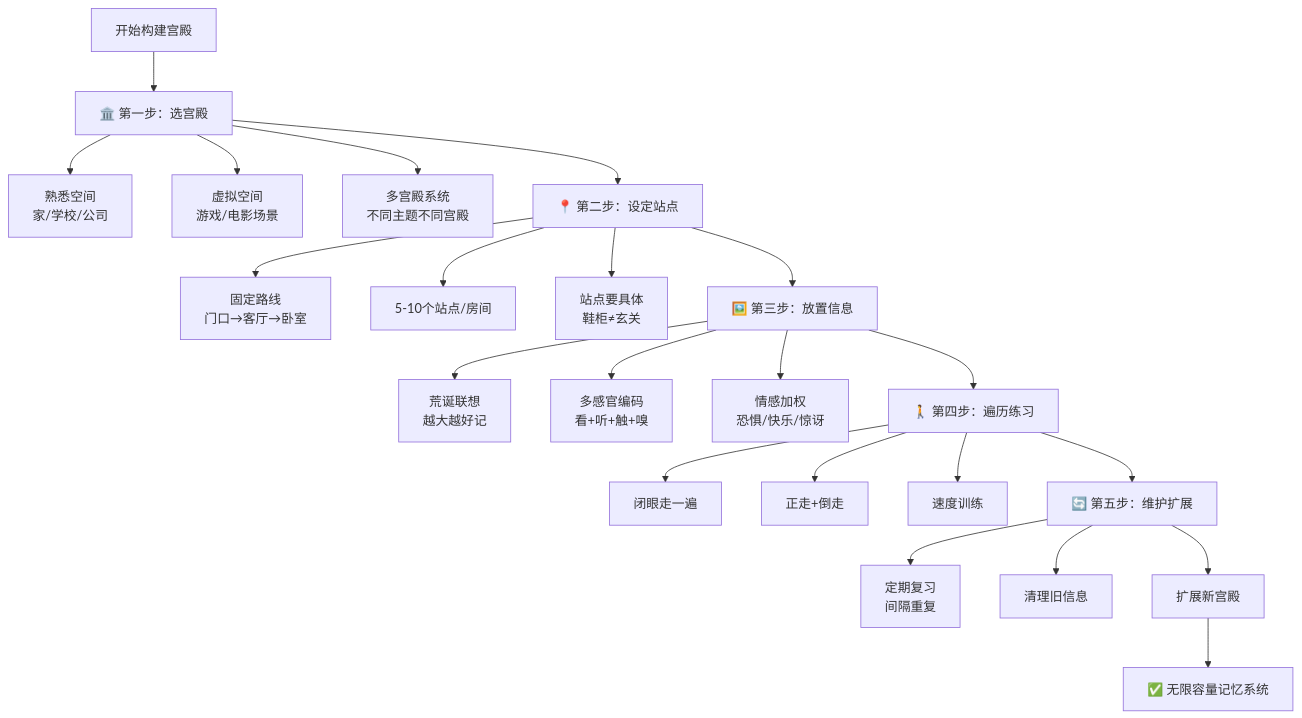
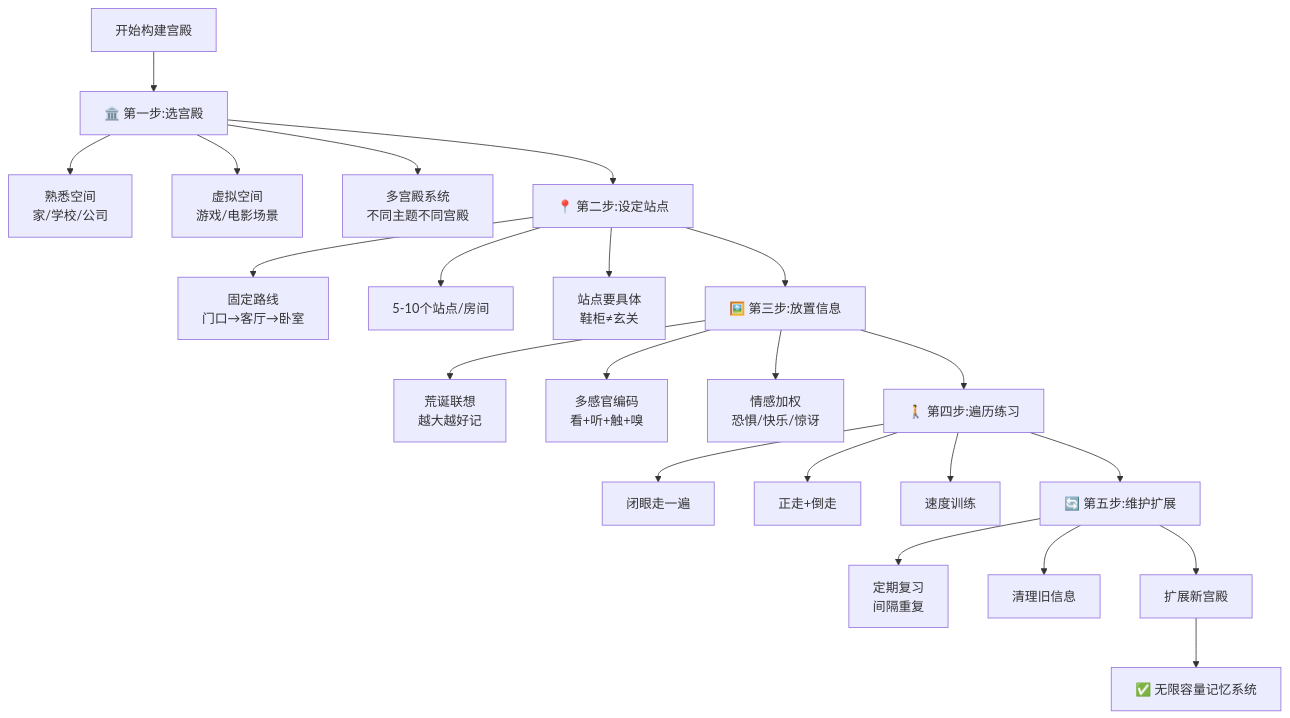
Before and after one commit to brother2050/memory-guide: the first of 2 diagrams in 30-记忆宫殿进阶.md, drawn with Mermaid. The commit also changed other lines of this file and 72 other files, not shown here.

````diff
--- a/30-记忆宫殿进阶.md
+++ b/30-记忆宫殿进阶.md
@@ -31,29 +31,29 @@
 ```mermaid
 graph TD
-    START["开始构建宫殿"] --> STEP1["🏛️ 第一步：选宫殿"]
+    START["开始构建宫殿"] --> STEP1["🏛️ 第一步:选宫殿"]
     STEP1 --> S1A["熟悉空间\n家/学校/公司"]
     STEP1 --> S1B["虚拟空间\n游戏/电影场景"]
     STEP1 --> S1C["多宫殿系统\n不同主题不同宫殿"]
 
-    STEP1 --> STEP2["📍 第二步：设定站点"]
+    STEP1 --> STEP2["📍 第二步:设定站点"]
     STEP2 --> S2A["固定路线\n门口→客厅→卧室"]
     STEP2 --> S2B["5-10个站点/房间"]
     STEP2 --> S2C["站点要具体\n鞋柜≠玄关"]
 
-    STEP2 --> STEP3["🖼️ 第三步：放置信息"]
+    STEP2 --> STEP3["🖼️ 第三步:放置信息"]
     STEP3 --> S3A["荒诞联想\n越大越好记"]
     STEP3 --> S3B["多感官编码\n看+听+触+嗅"]
     STEP3 --> S3C["情感加权\n恐惧/快乐/惊讶"]
 
-    STEP3 --> STEP4["🚶 第四步：遍历练习"]
+    STEP3 --> STEP4["🚶 第四步:遍历练习"]
     STEP4 --> S4A["闭眼走一遍"]
     STEP4 --> S4B["正走+倒走"]
     STEP4 --> S4C["速度训练"]
 
-    STEP4 --> STEP5["🔄 第五步：维护扩展"]
+    STEP4 --> STEP5["🔄 第五步:维护扩展"]
     STEP5 --> S5A["定期复习\n间隔重复"]
     STEP5 --> S5B["清理旧信息"]
     STEP5 --> S5C["扩展新宫殿"]
 
     S5C --> DONE["✅ 无限容量记忆系统"]
 ```
````
